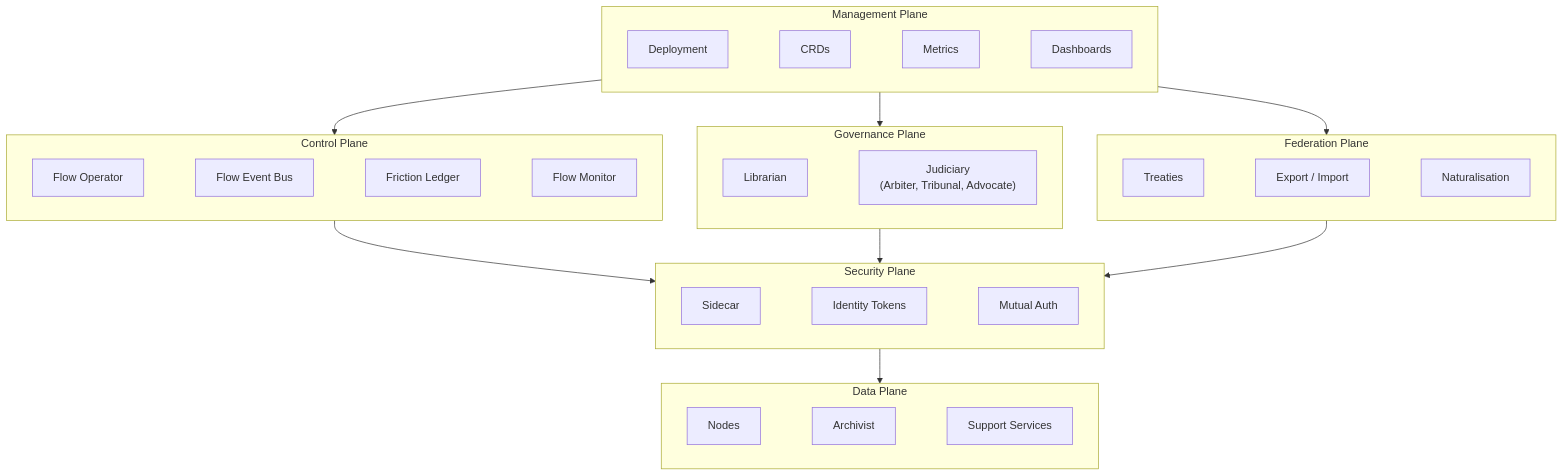
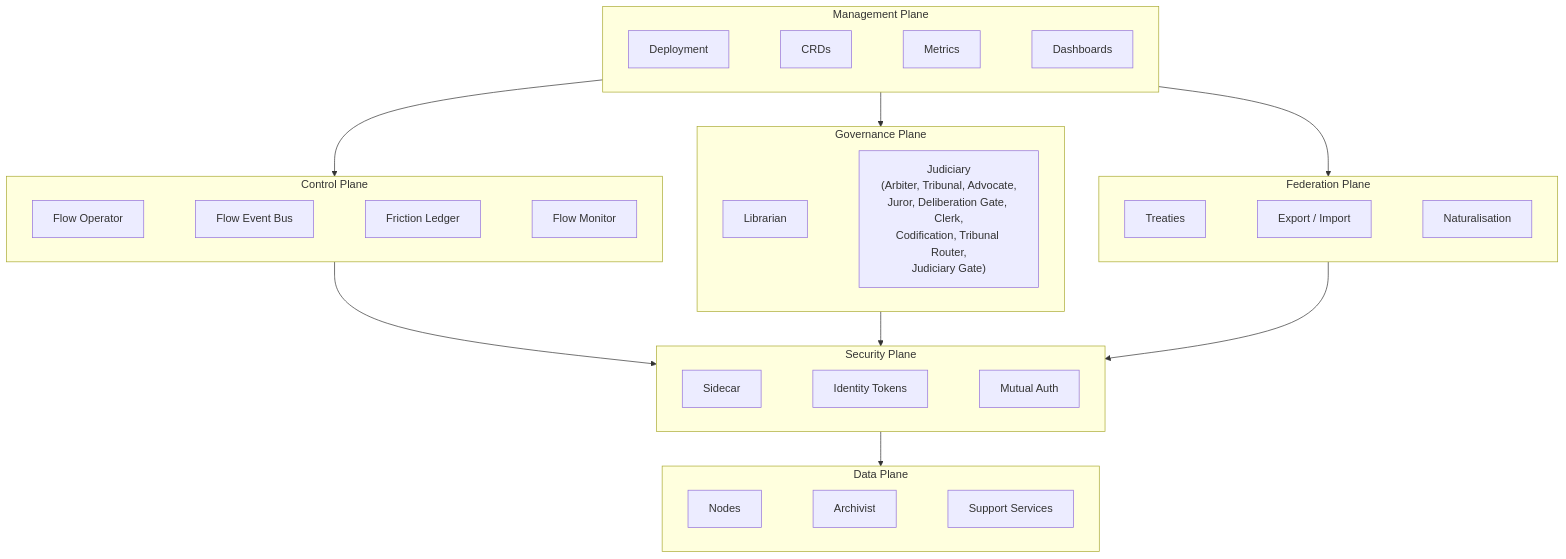
One commit to really-knows-ai/gideas changed the diagram in specs/01-concepts/01-architecture.md. Above: the diagram before and after it, drawn with Mermaid. The commit also changed other lines of this file and 20 other files, not shown here.

First line of the commit message:
docs: replace Jury/Clerk services with node-based judiciary across all specs (Phase 1)

````diff
--- a/specs/01-concepts/01-architecture.md
+++ b/specs/01-concepts/01-architecture.md
@@ -9,42 +9,42 @@
 ```mermaid
 flowchart TD
     subgraph mgmt["Management Plane"]
         direction LR
         Deployment ~~~ CRDs ~~~ Metrics ~~~ Dashboards
     end
 
     subgraph ctrl["Control Plane"]
         direction LR
         Operator[Flow Operator] ~~~ EventBus[Flow Event Bus] ~~~ FrictionLedger[Friction Ledger] ~~~ Monitor[Flow Monitor]
     end
 
     subgraph gov["Governance Plane"]
         direction LR
-        Librarian ~~~ Judiciary["Judiciary<br/>(Arbiter, Tribunal, Advocate)"]
+        Librarian ~~~ Judiciary["Judiciary<br/>(Arbiter, Tribunal, Advocate,<br/>Juror, Deliberation Gate, Clerk,<br/>Codification, Tribunal Router,<br/>Judiciary Gate)"]
     end
 
     subgraph fed["Federation Plane"]
         direction LR
         Treaties ~~~ Export[Export / Import] ~~~ Nat[Naturalisation]
     end
 
     subgraph sec["Security Plane"]
         direction LR
         Sidecar ~~~ Tokens[Identity Tokens] ~~~ MutualAuth[Mutual Auth]
     end
 
     subgraph data["Data Plane"]
         direction LR
         Nodes ~~~ Archivist ~~~ SupportSvc["Support Services"]
     end
 
     mgmt --> ctrl
     mgmt --> gov
     mgmt --> fed
 
     ctrl --> sec
     gov --> sec
     fed --> sec
 
     sec --> data
 ```
````
